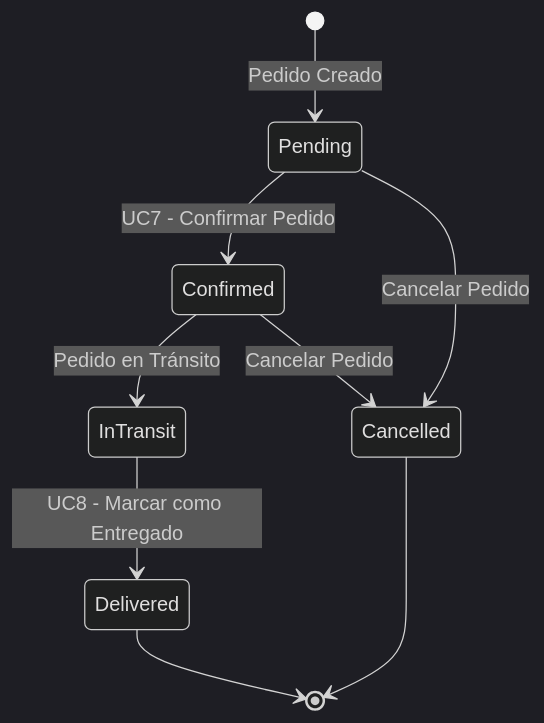
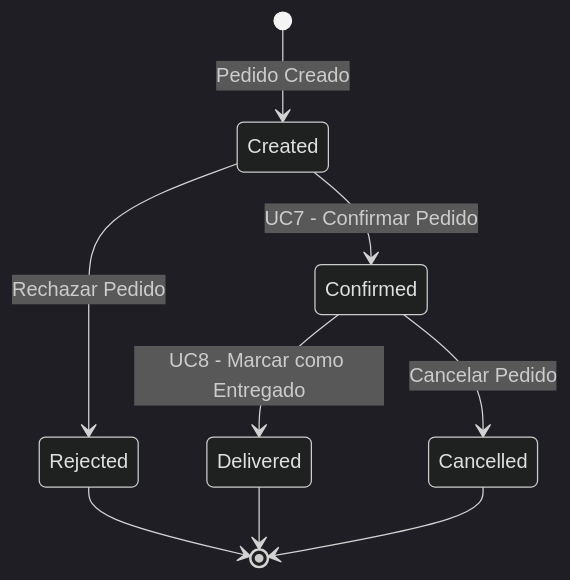
One commit to ingnlema/Conaprole changed the second of 2 diagrams in docs/architecture/casos-de-uso/casos-uso-distribuidor.md. Above: the diagram before and after it, drawn with Mermaid (dark theme). The commit also changed other lines of this file, not shown here.

````diff
--- a/docs/architecture/casos-de-uso/casos-uso-distribuidor.md
+++ b/docs/architecture/casos-de-uso/casos-uso-distribuidor.md
@@ -107,12 +107,12 @@
 ```mermaid
 stateDiagram-v2
-    [*] --> Pending: Pedido Creado
-    Pending --> Confirmed: UC7 - Confirmar Pedido
-    Confirmed --> InTransit: Pedido en Tránsito
-    InTransit --> Delivered: UC8 - Marcar como Entregado
+    [*] --> Created: Pedido Creado
+    Created --> Confirmed: UC7 - Confirmar Pedido
+    Created --> Rejected: Rechazar Pedido
+    Confirmed --> Delivered: UC8 - Marcar como Entregado
+    Confirmed --> Cancelled: Cancelar Pedido
+    Rejected --> [*]
     Delivered --> [*]
-    
-    Pending --> Cancelled: Cancelar Pedido
-    Confirmed --> Cancelled: Cancelar Pedido
     Cancelled --> [*]
+
 ```
````
